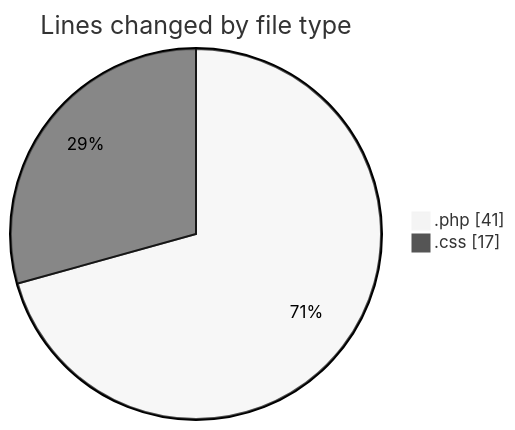
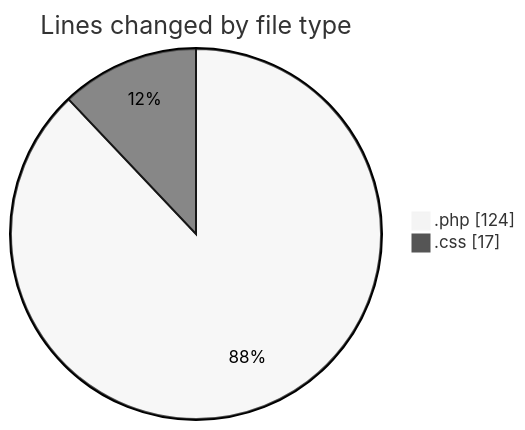
Before and after one commit to momahboobian/code-tracking: the first of 2 diagrams in 2026-03-20/newspaper-child/README.md, drawn with Mermaid (neutral theme). The commit also changed other lines of this file and 1 other file, not shown here.

````diff
--- a/2026-03-20/newspaper-child/README.md
+++ b/2026-03-20/newspaper-child/README.md
@@ -21,6 +23,6 @@
 ```mermaid
 pie showData
 title Lines changed by file type
-".php" : 41
+".php" : 124
 ".css" : 17
 ```
````
